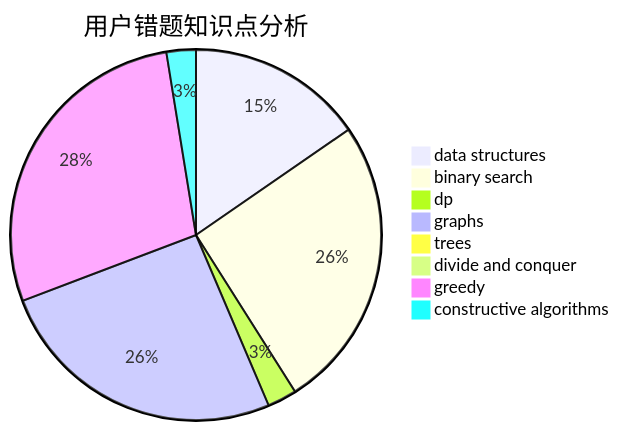
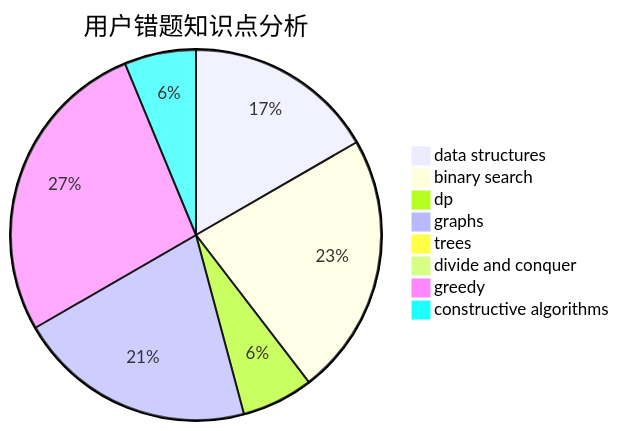
One commit to sherpahu/cfrs.github.io changed the third of 3 diagrams in docs/user/u2533.md. Above: the diagram before and after it, drawn with Mermaid. The commit also changed other lines of this file and 2770 other files, not shown here.

````diff
--- a/docs/user/u2533.md
+++ b/docs/user/u2533.md
@@ -36,11 +36,11 @@
 ```mermaid
 pie title 用户错题知识点分析
-    "data structures" :  6
-    "binary search" :  10
-    "dp" :  1
+    "data structures" :  8
+    "binary search" :  11
+    "dp" :  3
     "graphs" :  10
     "trees" :  0
     "divide and conquer" :  0
-    "greedy" :  11
-    "constructive algorithms" :  1
+    "greedy" :  13
+    "constructive algorithms" :  3
 ```
````
